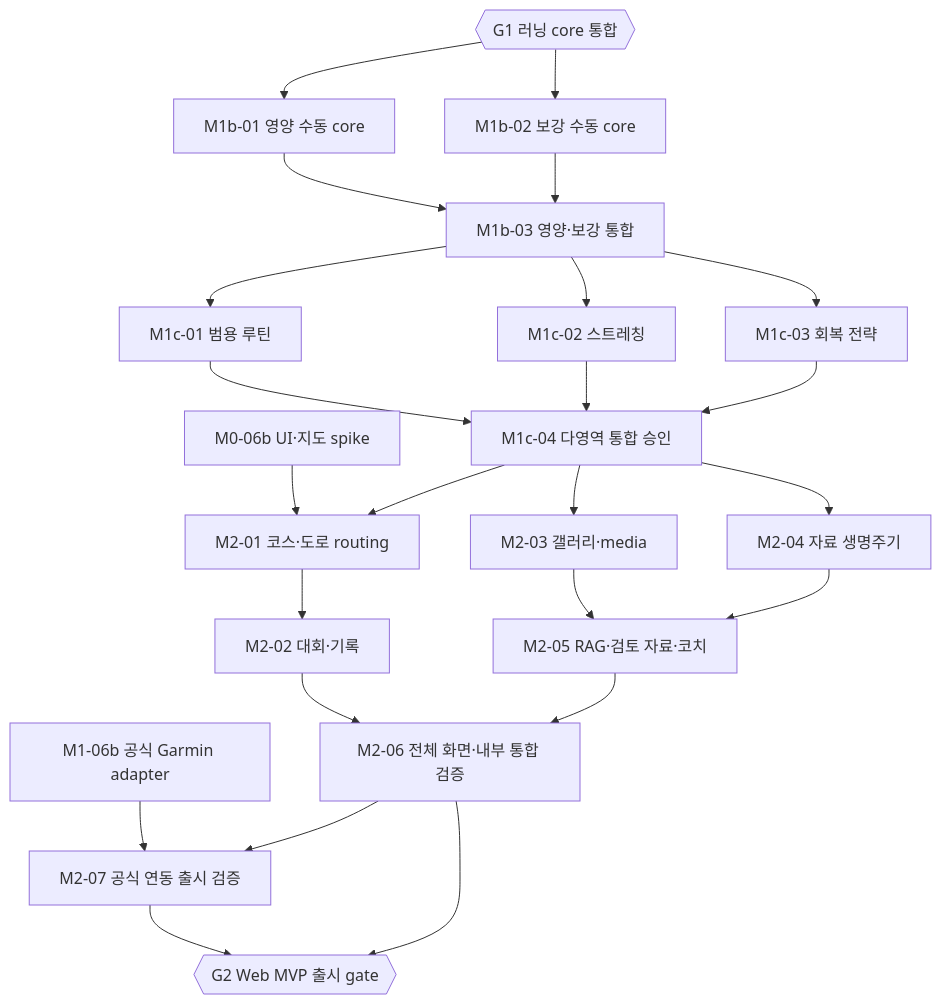
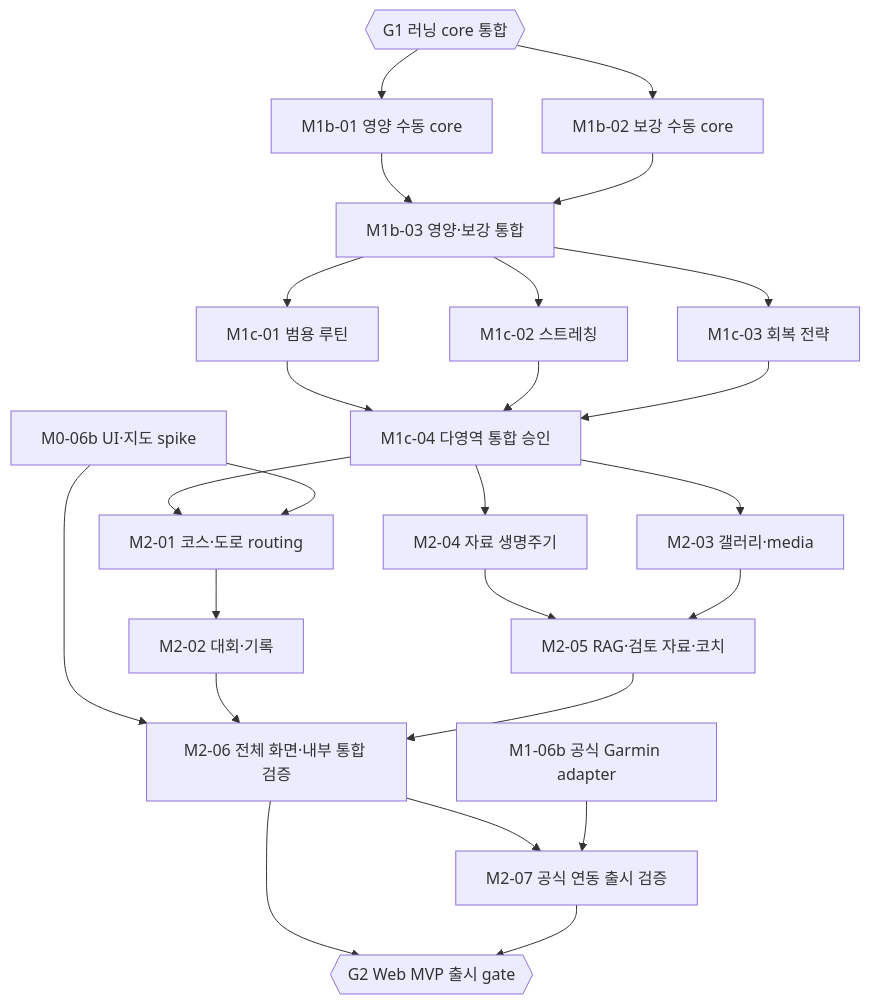
The second of 3 diagrams in docs/implementation/task-graph.md (peacecheejecake/workout-manager), drawn with Mermaid before and after one commit. The commit also changed other lines of this file and 30 other files, not shown here.

````diff
--- a/docs/implementation/task-graph.md
+++ b/docs/implementation/task-graph.md
@@ -79,44 +87,45 @@
 ```mermaid
 flowchart TD
     task7["M0-06b UI·지도 spike"]
     task17["M1-06b 공식 Garmin adapter"]
     task18{{"G1 러닝 core 통합"}}
     task19["M1b-01 영양 수동 core"]
     task20["M1b-02 보강 수동 core"]
     task21["M1b-03 영양·보강 통합"]
     task22["M1c-01 범용 루틴"]
     task23["M1c-02 스트레칭"]
     task24["M1c-03 회복 전략"]
     task25["M1c-04 다영역 통합 승인"]
     task26["M2-01 코스·도로 routing"]
     task27["M2-02 대회·기록"]
     task28["M2-03 갤러리·media"]
     task29["M2-04 자료 생명주기"]
     task30["M2-05 RAG·검토 자료·코치"]
     task31["M2-06 전체 화면·내부 통합 검증"]
     task32["M2-07 공식 연동 출시 검증"]
     task33{{"G2 Web MVP 출시 gate"}}
     task18 --> task19
     task18 --> task20
     task19 --> task21
     task20 --> task21
     task21 --> task22
     task21 --> task23
     task21 --> task24
     task22 --> task25
     task23 --> task25
     task24 --> task25
     task25 --> task26
     task7 --> task26
     task26 --> task27
     task25 --> task28
     task25 --> task29
     task29 --> task30
     task28 --> task30
+    task7 --> task31
     task27 --> task31
     task30 --> task31
     task31 --> task32
     task17 --> task32
     task31 --> task33
     task32 --> task33
 ```
````
